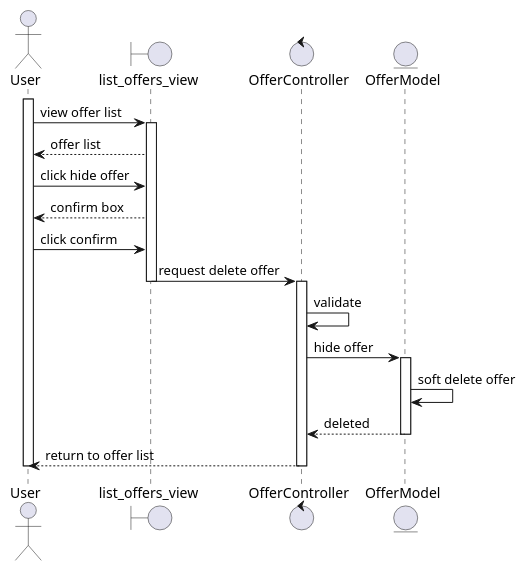
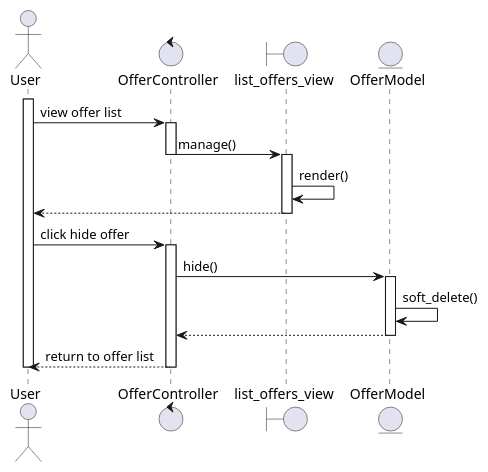
Before and after one commit to tuanlvse294/CHome: the diagram in documentss/offers/hide.puml, drawn with PlantUML. The commit also changed 2 other files, not shown here.

```diff
--- a/documentss/offers/hide.puml
+++ b/documentss/offers/hide.puml
@@ -1,27 +1,27 @@
 @startuml
 actor User
+control OfferController
 boundary list_offers_view
-control OfferController
 entity OfferModel
 
 activate User
-User -> list_offers_view: view offer list
+User -> OfferController: view offer list
+activate OfferController
+OfferController -> list_offers_view:manage()
+deactivate OfferController
 activate list_offers_view
-User <-- list_offers_view: offer list
-User -> list_offers_view: click hide offer
-User <-- list_offers_view: confirm box
-User -> list_offers_view: click confirm
-list_offers_view-> OfferController: request delete offer
+list_offers_view -> list_offers_view:render()
+list_offers_view -->User
 deactivate list_offers_view
+User -> OfferController: click hide offer
 activate OfferController
-OfferController -> OfferController : validate
-OfferController -> OfferModel : hide offer
+OfferController -> OfferModel : hide()
 activate OfferModel
-OfferModel ->OfferModel:soft delete offer
-OfferModel --> OfferController : deleted
+OfferModel ->OfferModel:soft_delete()
+OfferModel --> OfferController
 deactivate OfferModel
 OfferController --> User: return to offer list
 deactivate OfferController
 deactivate User
 
 @enduml
```
